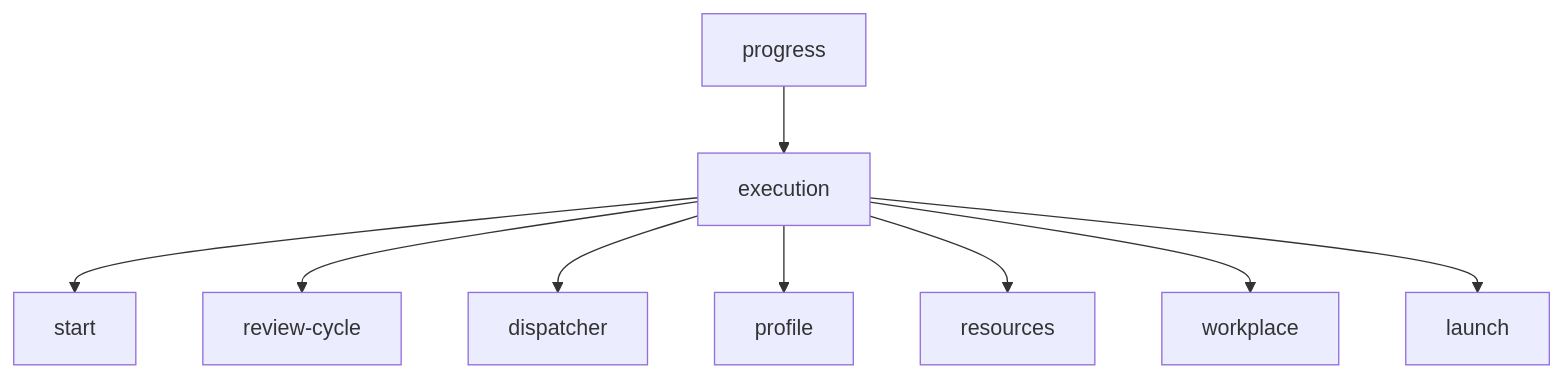
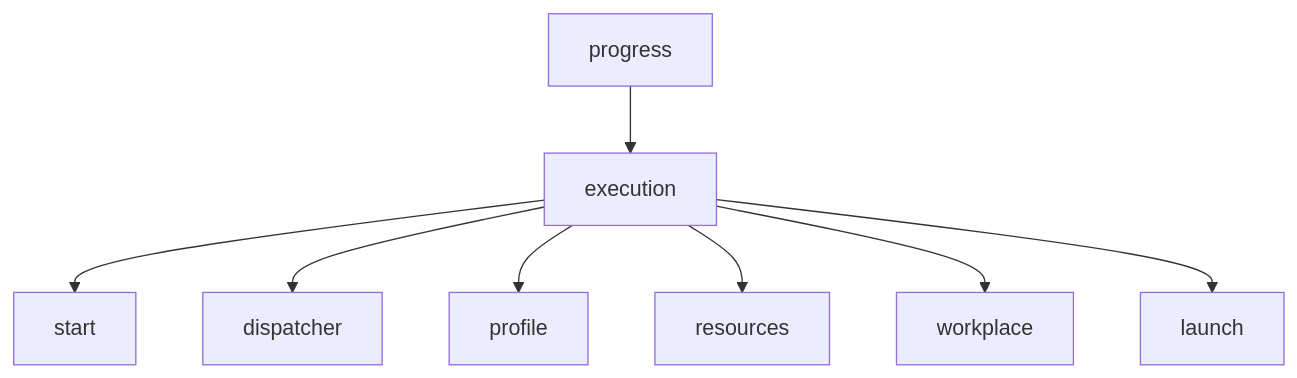
The first of 7 diagrams in docs/contours/execution/CLI.md (rasungatullin/progress), drawn with Mermaid before and after one commit. The commit also changed other lines of this file and 23 other files, not shown here.

````diff
--- a/docs/contours/execution/CLI.md
+++ b/docs/contours/execution/CLI.md
@@ -310,11 +287,10 @@
 ```mermaid
 flowchart TD
     A[progress] --> B[execution]
     B --> C[start]
-    B --> D[review-cycle]
-    B --> E[dispatcher]
-    B --> F[profile]
-    B --> G[resources]
-    B --> H[workplace]
-    B --> I[launch]
+    B --> D[dispatcher]
+    B --> E[profile]
+    B --> F[resources]
+    B --> G[workplace]
+    B --> H[launch]
 ```
````
